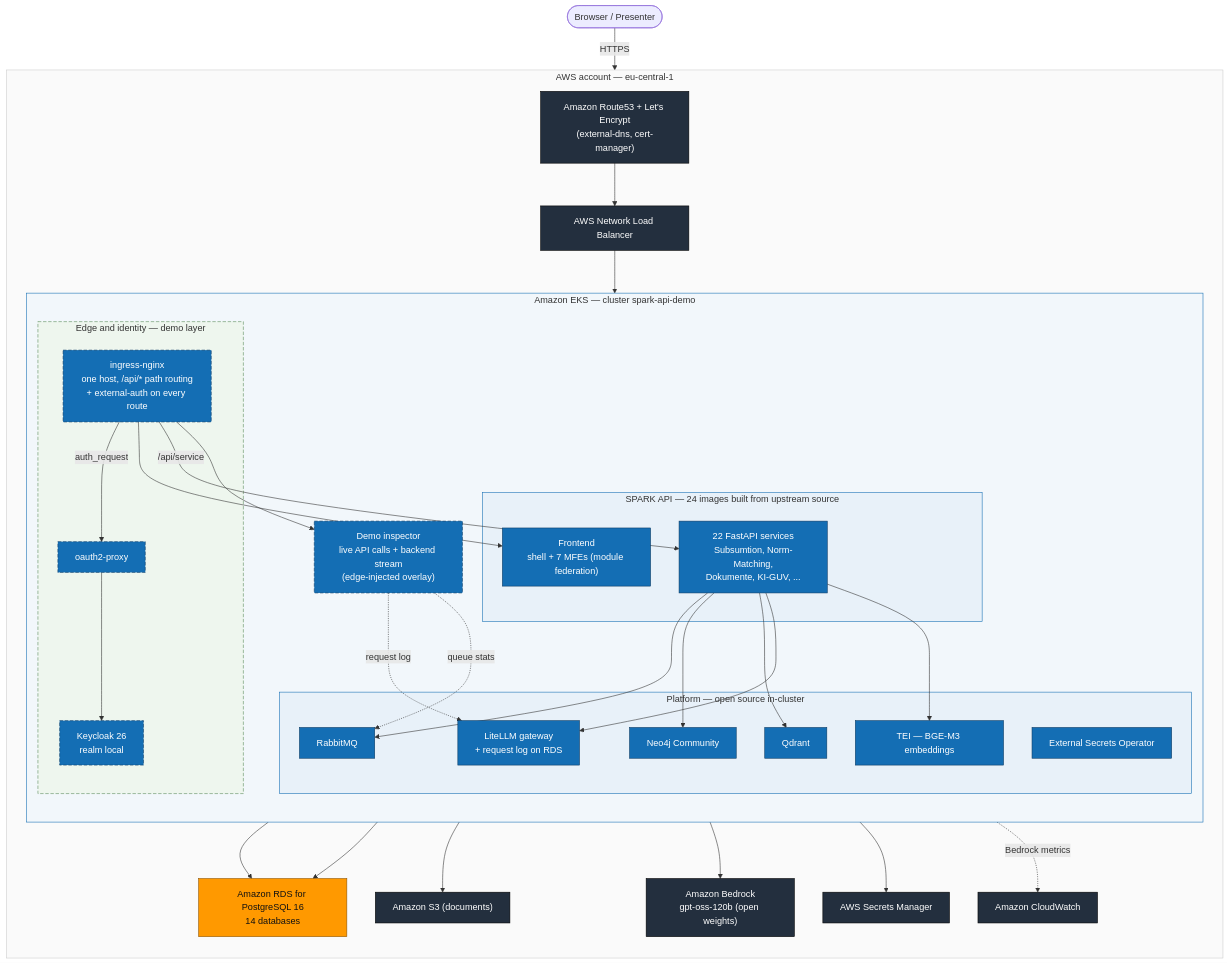
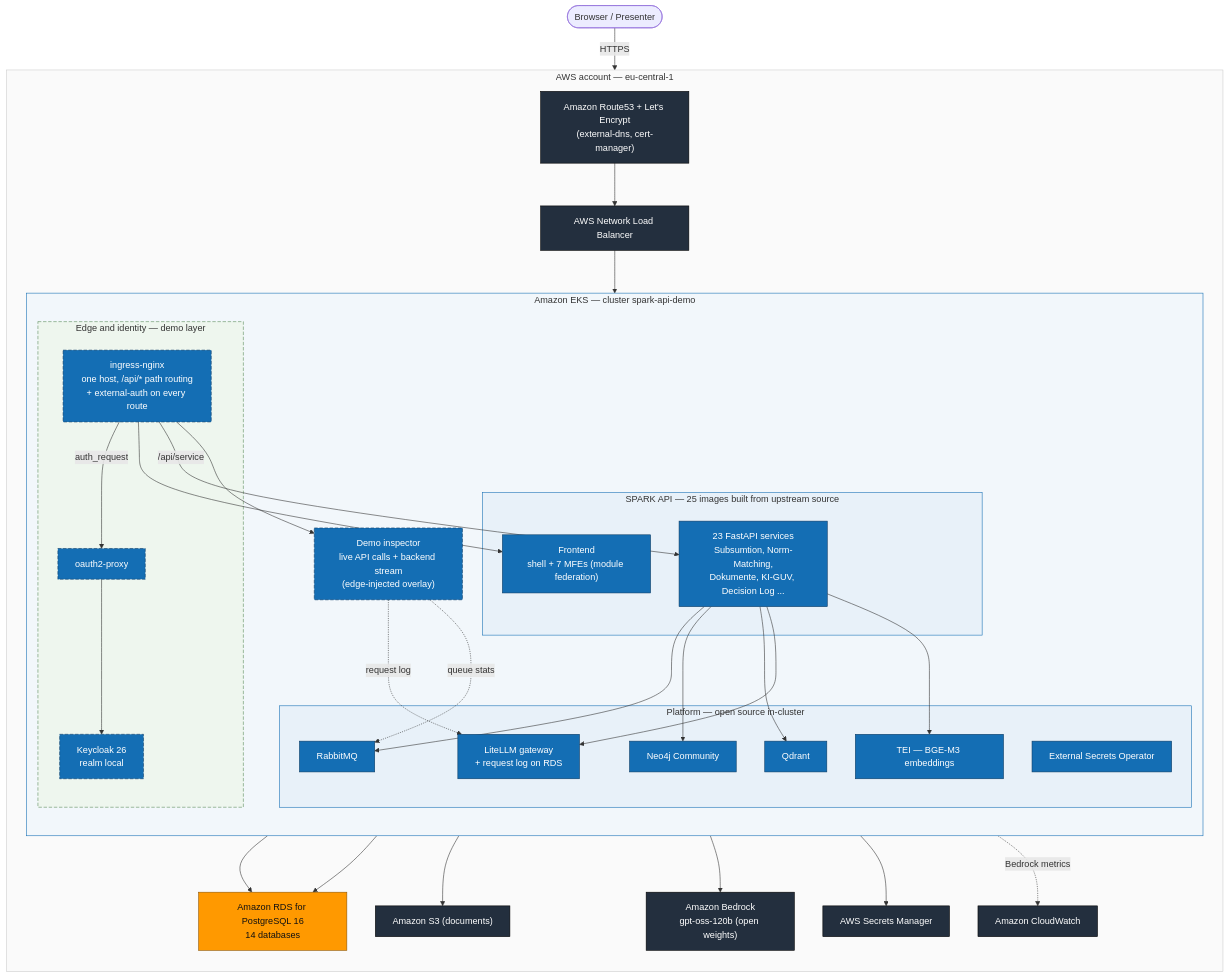
One commit to aws-samples/sample-spark-demos changed the first of 2 diagrams in spark-api-demo/README.md. Above: the diagram before and after it, drawn with Mermaid. The commit also changed other lines of this file and 39 other files, not shown here.

First line of the commit message:
feat: spark-api v0.5.1, decision log store, optional corporate SSO

````diff
--- a/spark-api-demo/README.md
+++ b/spark-api-demo/README.md
@@ -57,72 +57,72 @@
 ```mermaid
 flowchart TB
     user(["Browser / Presenter"])
 
     subgraph aws["AWS account — eu-central-1"]
         direction TB
         r53["Amazon Route53 + Let's Encrypt<br/>(external-dns, cert-manager)"]
         nlb["AWS Network Load Balancer"]
 
         subgraph eks["Amazon EKS — cluster spark-api-demo"]
             direction TB
             subgraph edgezone["Edge and identity — demo layer"]
                 nginx["ingress-nginx<br/>one host, /api/* path routing<br/>+ external-auth on every route"]
                 oap["oauth2-proxy"]
                 kc["Keycloak 26<br/>realm local"]
             end
-            subgraph app["SPARK API — 24 images built from upstream source"]
+            subgraph app["SPARK API — 25 images built from upstream source"]
                 fe["Frontend<br/>shell + 7 MFEs (module federation)"]
-                svcs["22 FastAPI services<br/>Subsumtion, Norm-Matching,<br/>Dokumente, KI-GUV, ..."]
+                svcs["23 FastAPI services<br/>Subsumtion, Norm-Matching,<br/>Dokumente, KI-GUV, Decision Log ..."]
             end
             subgraph plat["Platform — open source in-cluster"]
                 rmq["RabbitMQ"]
                 neo["Neo4j Community"]
                 qdrant["Qdrant"]
                 litellm["LiteLLM gateway<br/>+ request log on RDS"]
                 tei["TEI — BGE-M3 embeddings"]
                 eso["External Secrets Operator"]
             end
             insp["Demo inspector<br/>live API calls + backend stream<br/>(edge-injected overlay)"]
         end
 
         rds["Amazon RDS for PostgreSQL 16<br/>14 databases"]
         s3["Amazon S3 (documents)"]
         asm["AWS Secrets Manager"]
         bedrock["Amazon Bedrock<br/>gpt-oss-120b (open weights)"]
         cw["Amazon CloudWatch"]
     end
 
     user -->|HTTPS| r53 --> nlb --> nginx
     nginx -->|auth_request| oap --> kc
     nginx --> fe
     nginx -->|/api/service| svcs
     nginx --> insp
     svcs --> rmq
     svcs --> neo
     svcs --> qdrant
     svcs --> rds
     svcs --> s3
     kc --> rds
     svcs --> litellm --> bedrock
     svcs --> tei
     eso --> asm
     insp -.->|request log| litellm
     insp -.->|queue stats| rmq
     insp -.->|Bedrock metrics| cw
 
     class fe,svcs oss
     class rmq,neo,qdrant,litellm,tei,eso oss
     class nginx,oap,kc,insp demo
     class rds awsoss
     class s3,asm,bedrock,cw,r53,nlb awsnative
 
     classDef oss fill:#146EB4,stroke:#0b3a63,color:#ffffff
     classDef demo fill:#146EB4,stroke:#0b3a63,color:#ffffff,stroke-dasharray:6 3
     classDef awsoss fill:#FF9900,stroke:#8a5200,color:#111111
     classDef awsnative fill:#232F3E,stroke:#000000,color:#ffffff
     style aws fill:#fafafa,stroke:#cccccc
     style eks fill:#f2f7fb,stroke:#146EB4
     style app fill:#e8f1f9,stroke:#146EB4
     style plat fill:#e8f1f9,stroke:#146EB4
     style edgezone fill:#eef6ee,stroke:#5a8a5a,stroke-dasharray:6 3
 ```
````
